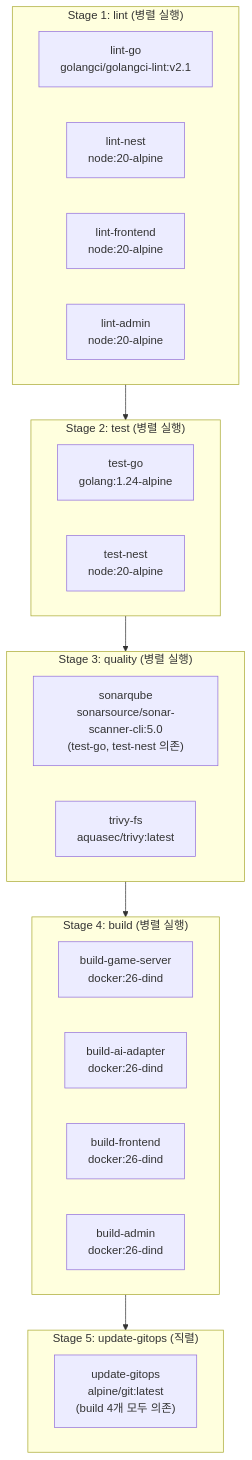
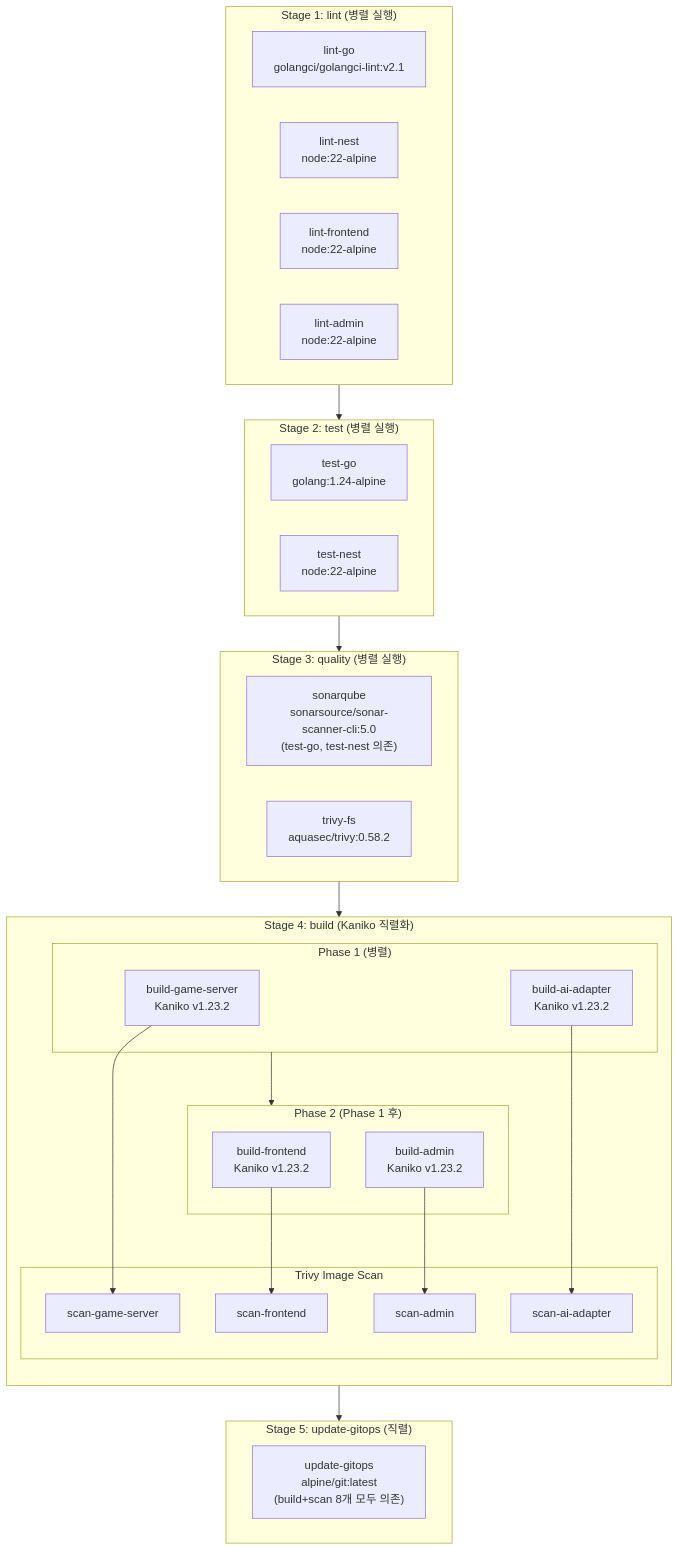
The second of 7 diagrams in docs/03-development/11-devsecops-cicd-guide.md (k82022603/RummiArena), drawn with Mermaid before and after one commit. The commit also changed other lines of this file and 15 other files, not shown here.

````diff
--- a/docs/03-development/11-devsecops-cicd-guide.md
+++ b/docs/03-development/11-devsecops-cicd-guide.md
@@ -49,32 +51,48 @@
 ```mermaid
 flowchart TB
     subgraph LINT["Stage 1: lint (병렬 실행)"]
         L1["lint-go\ngolangci/golangci-lint:v2.1"]
-        L2["lint-nest\nnode:20-alpine"]
-        L3["lint-frontend\nnode:20-alpine"]
-        L4["lint-admin\nnode:20-alpine"]
+        L2["lint-nest\nnode:22-alpine"]
+        L3["lint-frontend\nnode:22-alpine"]
+        L4["lint-admin\nnode:22-alpine"]
     end
 
     subgraph TEST["Stage 2: test (병렬 실행)"]
         T1["test-go\ngolang:1.24-alpine"]
-        T2["test-nest\nnode:20-alpine"]
+        T2["test-nest\nnode:22-alpine"]
     end
 
     subgraph QUALITY["Stage 3: quality (병렬 실행)"]
         Q1["sonarqube\nsonarsource/sonar-scanner-cli:5.0\n(test-go, test-nest 의존)"]
-        Q2["trivy-fs\naquasec/trivy:latest"]
+        Q2["trivy-fs\naquasec/trivy:0.58.2"]
     end
 
-    subgraph BUILD["Stage 4: build (병렬 실행)"]
-        B1["build-game-server\ndocker:26-dind"]
-        B2["build-ai-adapter\ndocker:26-dind"]
-        B3["build-frontend\ndocker:26-dind"]
-        B4["build-admin\ndocker:26-dind"]
+    subgraph BUILD["Stage 4: build (Kaniko 직렬화)"]
+        direction TB
+        subgraph P1["Phase 1 (병렬)"]
+            B1["build-game-server\nKaniko v1.23.2"]
+            B2["build-ai-adapter\nKaniko v1.23.2"]
+        end
+        subgraph P2["Phase 2 (Phase 1 후)"]
+            B3["build-frontend\nKaniko v1.23.2"]
+            B4["build-admin\nKaniko v1.23.2"]
+        end
+        subgraph SCAN["Trivy Image Scan"]
+            S1["scan-game-server"]
+            S2["scan-ai-adapter"]
+            S3["scan-frontend"]
+            S4["scan-admin"]
+        end
+        P1 --> P2
+        B1 --> S1
+        B2 --> S2
+        B3 --> S3
+        B4 --> S4
     end
 
     subgraph GITOPS["Stage 5: update-gitops (직렬)"]
-        G1["update-gitops\nalpine/git:latest\n(build 4개 모두 의존)"]
+        G1["update-gitops\nalpine/git:latest\n(build+scan 8개 모두 의존)"]
     end
 
     LINT --> TEST --> QUALITY --> BUILD --> GITOPS
 ```
````
